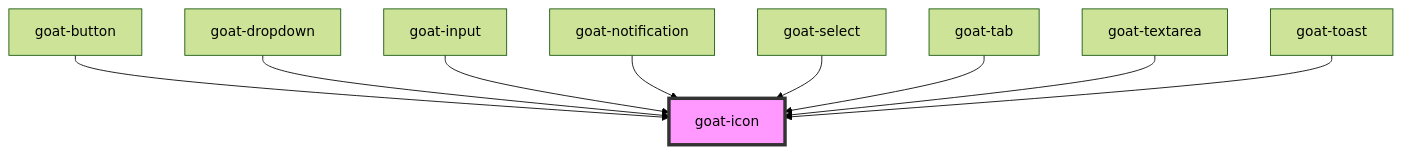
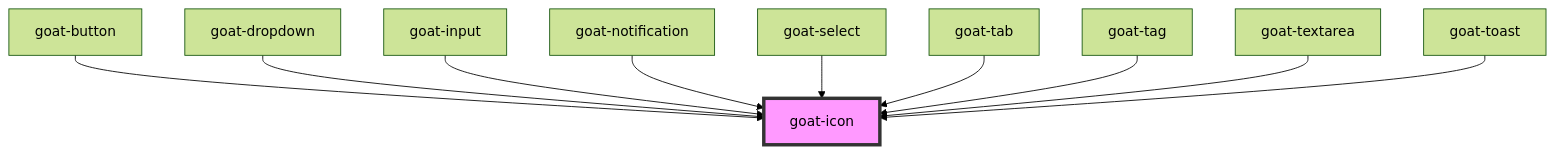
The diagram in src/components/content/icon/readme.md (goatui/components), drawn with Mermaid (forest theme) before and after one commit. The commit also changed other lines of this file and 163 other files, not shown here.

````diff
--- a/src/components/content/icon/readme.md
+++ b/src/components/content/icon/readme.md
@@ -30,12 +31,13 @@
 ```mermaid
 graph TD;
   goat-button --> goat-icon
   goat-dropdown --> goat-icon
   goat-input --> goat-icon
   goat-notification --> goat-icon
   goat-select --> goat-icon
   goat-tab --> goat-icon
+  goat-tag --> goat-icon
   goat-textarea --> goat-icon
   goat-toast --> goat-icon
   style goat-icon fill:#f9f,stroke:#333,stroke-width:4px
 ```
````
